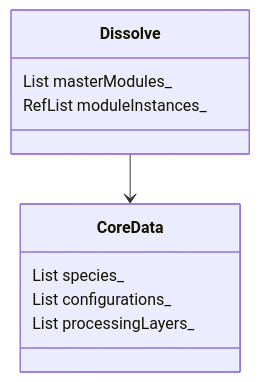
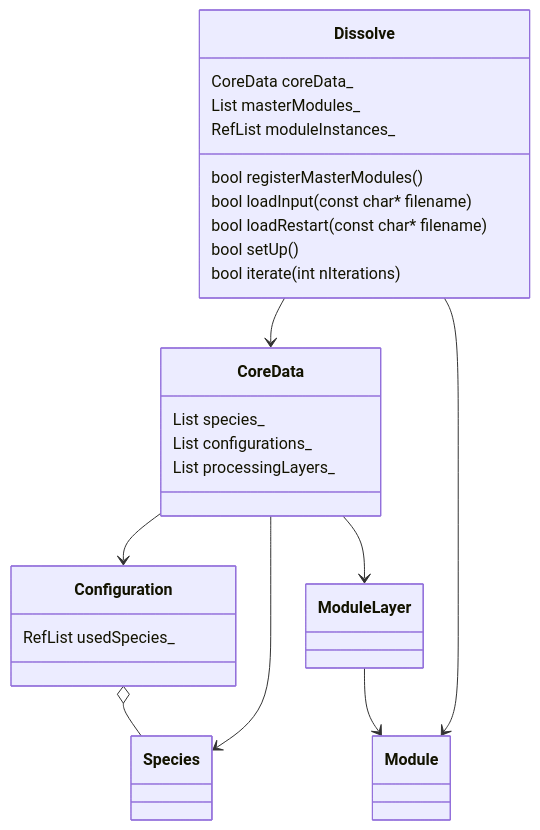
The first of 2 diagrams in docs/Developers/Architecture.md (disorderedmaterials/dissolve), drawn with Mermaid before and after one commit. The commit also changed other lines of this file, not shown here.

Commit message:
Complete architecture doc.

````diff
--- a/docs/Developers/Architecture.md
+++ b/docs/Developers/Architecture.md
@@ -37,9 +41,22 @@
 ```mermaid
 classDiagram
-    Dissolve-->CoreData
-    Dissolve : List<Module> masterModules_
-    Dissolve : RefList<Module> moduleInstances_
-    CoreData : List<Species> species_
-    CoreData : List<Configuration> configurations_
-    CoreData : List<ModuleLayer> processingLayers_
+Dissolve-->CoreData
+Dissolve-->Module
+Dissolve : CoreData coreData_
+Dissolve : List<Module> masterModules_
+Dissolve : RefList<Module> moduleInstances_
+Dissolve : bool registerMasterModules()
+Dissolve : bool loadInput(const char* filename)
+Dissolve : bool loadRestart(const char* filename)
+Dissolve : bool setUp()
+Dissolve : bool iterate(int nIterations)
+CoreData-->Species
+CoreData-->ModuleLayer
+CoreData-->Configuration
+CoreData : List<Species> species_
+CoreData : List<Configuration> configurations_
+CoreData : List<ModuleLayer> processingLayers_
+ModuleLayer-->Module
+Configuration o-- Species
+Configuration : RefList<Species> usedSpecies_
 ```
````
